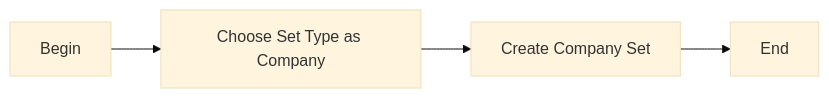
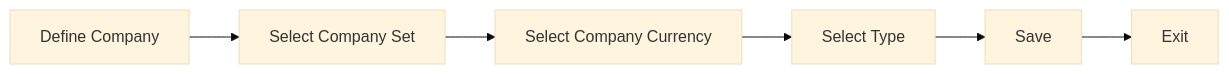
The diagram in maximo/docs/administration/sets/02-company-set.md (codersyacht/maximo-knowledge-center), drawn with Mermaid (base theme) before and after one commit.

Commit message:
company-set

````diff
--- a/maximo/docs/administration/sets/02-company-set.md
+++ b/maximo/docs/administration/sets/02-company-set.md
@@ -14,6 +14,8 @@
 ```mermaid
 graph LR
-A[Begin] -->B[ Choose Set Type as Company]
-B --> C[Create Company Set]
-C --> E[End]
+A[Define Company] --> B[Select Company Set]
+B --> C[Select Company Currency]
+C --> D[Select Type]
+D --> E[Save]
+E --> F[Exit]
 ```
````
